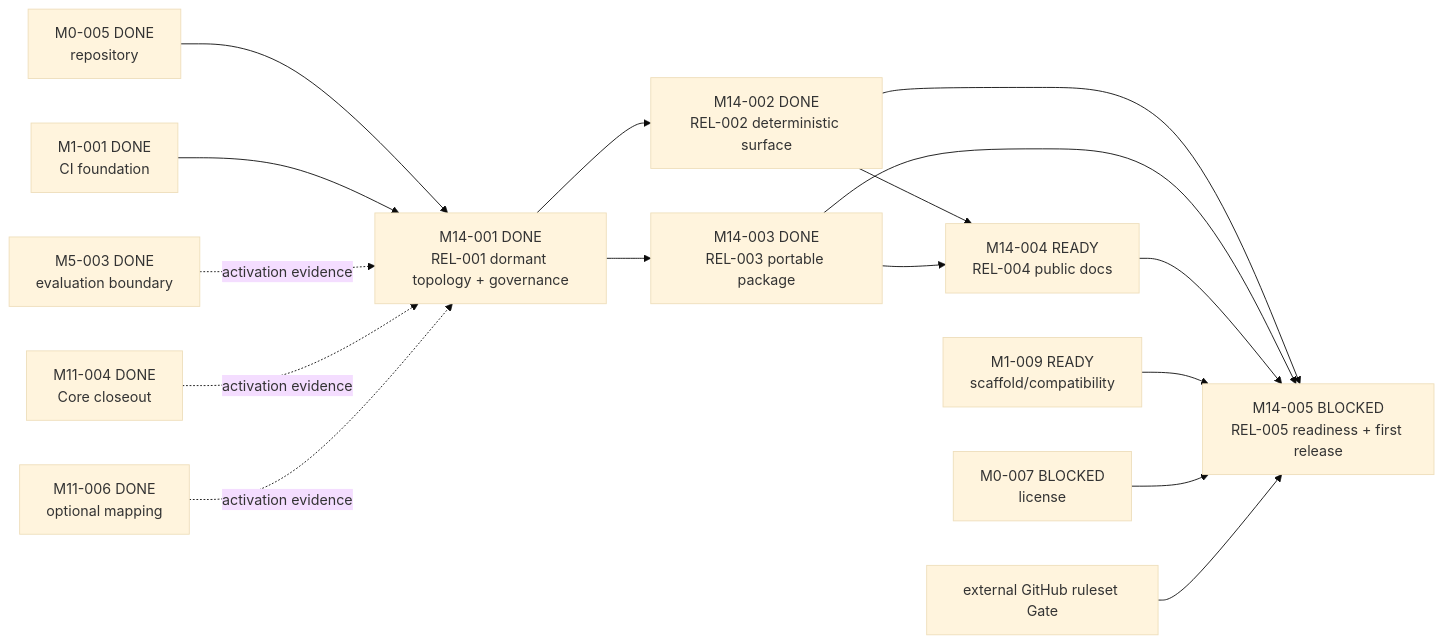
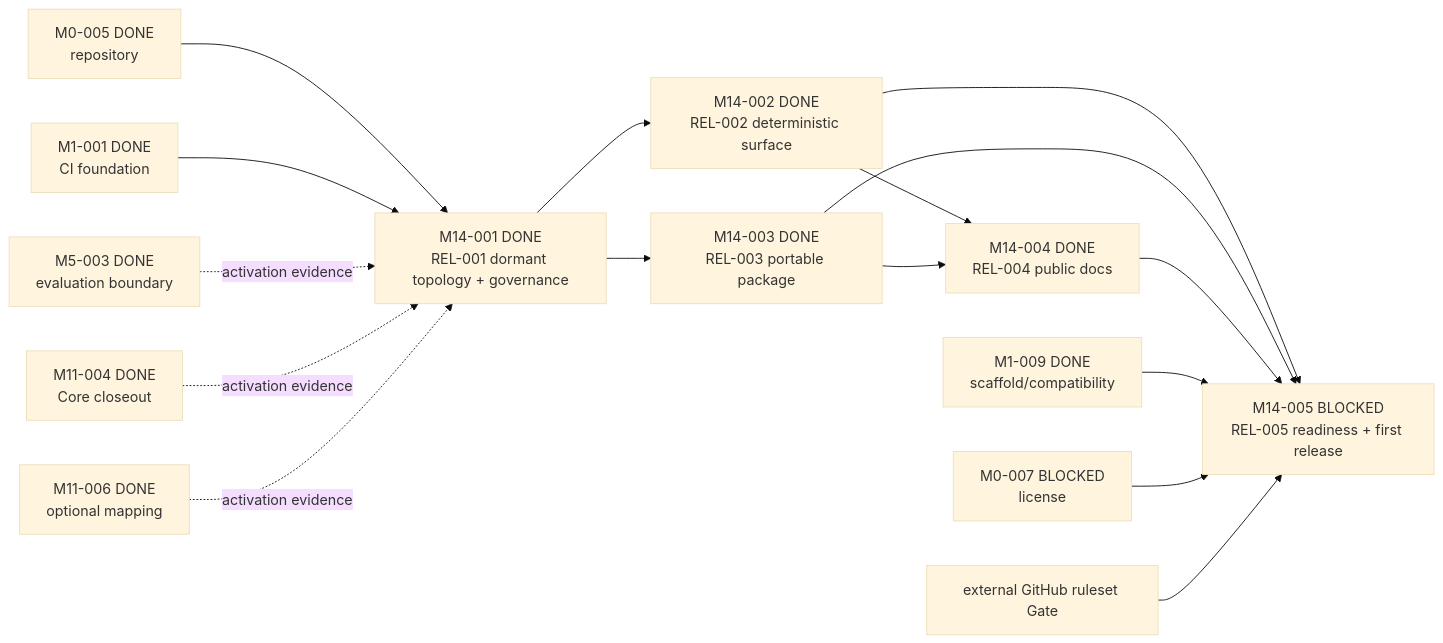
Before and after one commit to Chengyue-Lu/research-agent-workbench: the diagram in docs/workstreams/chengyue-lu/M14-CURATED-RELEASE/README.md, drawn with Mermaid (base theme). The commit also changed other lines of this file and 7 other files, not shown here.

````diff
--- a/docs/workstreams/chengyue-lu/M14-CURATED-RELEASE/README.md
+++ b/docs/workstreams/chengyue-lu/M14-CURATED-RELEASE/README.md
@@ -38,18 +38,18 @@
 ```mermaid
 flowchart LR
     M0005["M0-005 DONE<br/>repository"] --> M14001["M14-001 DONE<br/>REL-001 dormant topology + governance"]
     M1001["M1-001 DONE<br/>CI foundation"] --> M14001
     M5003["M5-003 DONE<br/>evaluation boundary"] -. "activation evidence" .-> M14001
     M1104["M11-004 DONE<br/>Core closeout"] -. "activation evidence" .-> M14001
     M1106["M11-006 DONE<br/>optional mapping"] -. "activation evidence" .-> M14001
     M14001 --> M14002["M14-002 DONE<br/>REL-002 deterministic surface"]
     M14001 --> M14003["M14-003 DONE<br/>REL-003 portable package"]
-    M14002 --> M14004["M14-004 READY<br/>REL-004 public docs"]
+    M14002 --> M14004["M14-004 DONE<br/>REL-004 public docs"]
     M14003 --> M14004
     M14002 --> M14005["M14-005 BLOCKED<br/>REL-005 readiness + first release"]
     M14003 --> M14005
     M14004 --> M14005
-    M1009["M1-009 READY<br/>scaffold/compatibility"] --> M14005
+    M1009["M1-009 DONE<br/>scaffold/compatibility"] --> M14005
     M0007["M0-007 BLOCKED<br/>license"] --> M14005
     Remote["external GitHub ruleset Gate"] --> M14005
 ```
````
